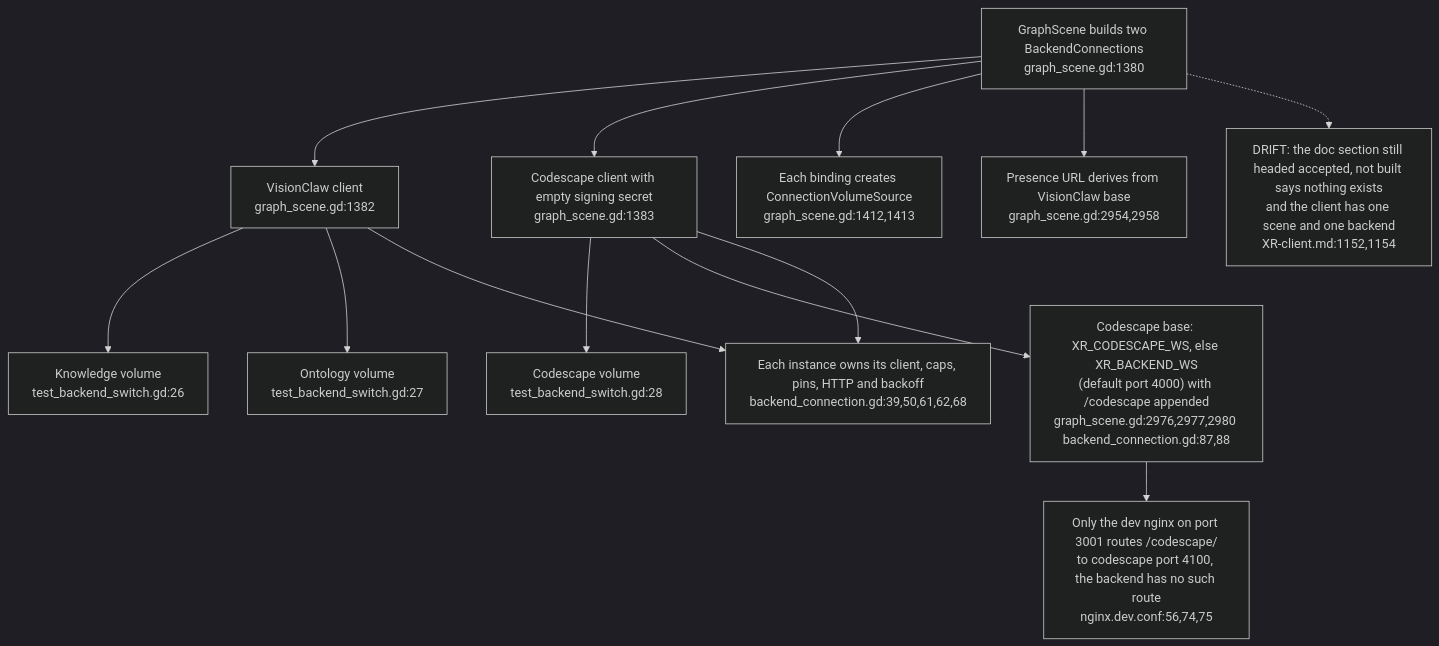
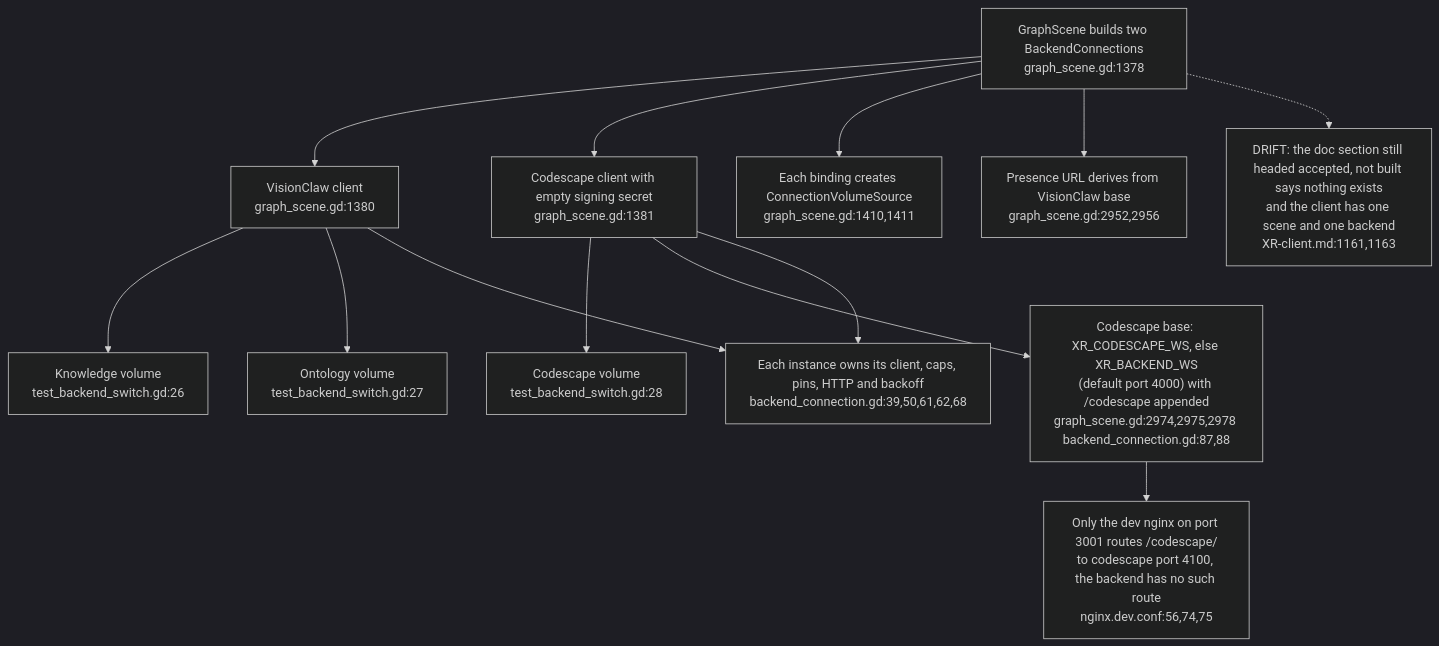
Before and after one commit to DreamLab-AI/VisionFlow: the first of 4 diagrams in docs/diagrams/visionclaw/44-xr-concurrent-backend-connections.md, drawn with Mermaid (dark theme). The commit also changed other lines of this file and 7 other files, not shown here.

First line of the commit message:
diagrams(visionclaw): re-verify VC-43..VC-50 at visionclaw 4900ec6

````diff
--- a/docs/diagrams/visionclaw/44-xr-concurrent-backend-connections.md
+++ b/docs/diagrams/visionclaw/44-xr-concurrent-backend-connections.md
@@ -34,15 +34,15 @@
 ```mermaid
 flowchart TD
-    SC["GraphScene builds two BackendConnections<br/>graph_scene.gd:1380"] --> VC["VisionClaw client<br/>graph_scene.gd:1382"]
-    SC --> CS["Codescape client with empty signing secret<br/>graph_scene.gd:1383"]
+    SC["GraphScene builds two BackendConnections<br/>graph_scene.gd:1378"] --> VC["VisionClaw client<br/>graph_scene.gd:1380"]
+    SC --> CS["Codescape client with empty signing secret<br/>graph_scene.gd:1381"]
     VC --> K["Knowledge volume<br/>test_backend_switch.gd:26"]
     VC --> O["Ontology volume<br/>test_backend_switch.gd:27"]
     CS --> C["Codescape volume<br/>test_backend_switch.gd:28"]
-    SC --> SRC["Each binding creates ConnectionVolumeSource<br/>graph_scene.gd:1412,1413"]
-    SC --> PR["Presence URL derives from VisionClaw base<br/>graph_scene.gd:2954,2958"]
-    CS --> CSB["Codescape base: XR_CODESCAPE_WS, else XR_BACKEND_WS<br/>(default port 4000) with /codescape appended<br/>graph_scene.gd:2976,2977,2980 backend_connection.gd:87,88"]
+    SC --> SRC["Each binding creates ConnectionVolumeSource<br/>graph_scene.gd:1410,1411"]
+    SC --> PR["Presence URL derives from VisionClaw base<br/>graph_scene.gd:2952,2956"]
+    CS --> CSB["Codescape base: XR_CODESCAPE_WS, else XR_BACKEND_WS<br/>(default port 4000) with /codescape appended<br/>graph_scene.gd:2974,2975,2978 backend_connection.gd:87,88"]
     CSB --> NGX["Only the dev nginx on port 3001 routes /codescape/<br/>to codescape port 4100, the backend has no such route<br/>nginx.dev.conf:56,74,75"]
     CS --> OWN["Each instance owns its client, caps, pins, HTTP and backoff<br/>backend_connection.gd:39,50,61,62,68"]
     VC --> OWN
-    SC -.-> D44["DRIFT: the doc section still headed accepted, not built says nothing exists<br/>and the client has one scene and one backend<br/>XR-client.md:1152,1154"]
+    SC -.-> D44["DRIFT: the doc section still headed accepted, not built says nothing exists<br/>and the client has one scene and one backend<br/>XR-client.md:1161,1163"]
 ```
````
